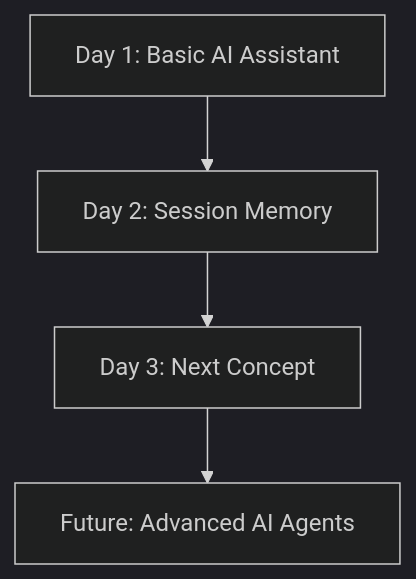
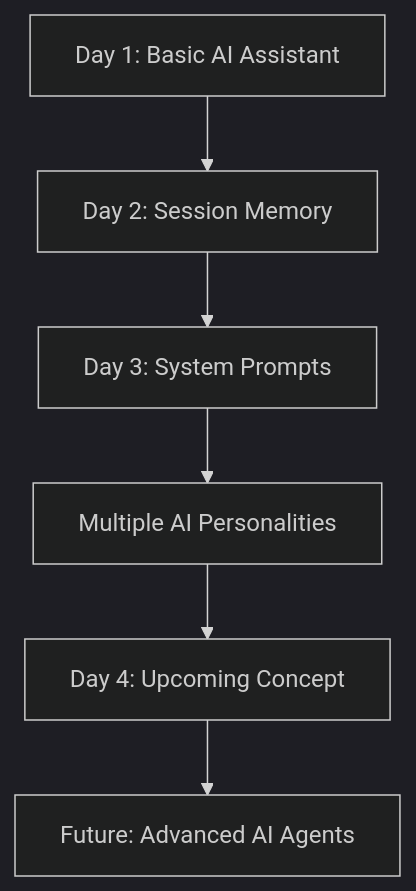
Before and after one commit to mdaamir6870/ai-agent-development: the diagram in README.md, drawn with Mermaid (dark theme). The commit also changed other lines of this file and 1 other file, not shown here.

````diff
--- a/README.md
+++ b/README.md
@@ -35,6 +44,8 @@
 ```mermaid
 flowchart TD
     A[Day 1: Basic AI Assistant] --> B[Day 2: Session Memory]
-    B --> C[Day 3: Next Concept]
-    C --> D[Future: Advanced AI Agents]
+    B --> C[Day 3: System Prompts]
+    C --> D[Multiple AI Personalities]
+    D --> E[Day 4: Upcoming Concept]
+    E --> F[Future: Advanced AI Agents]
 ```
````
